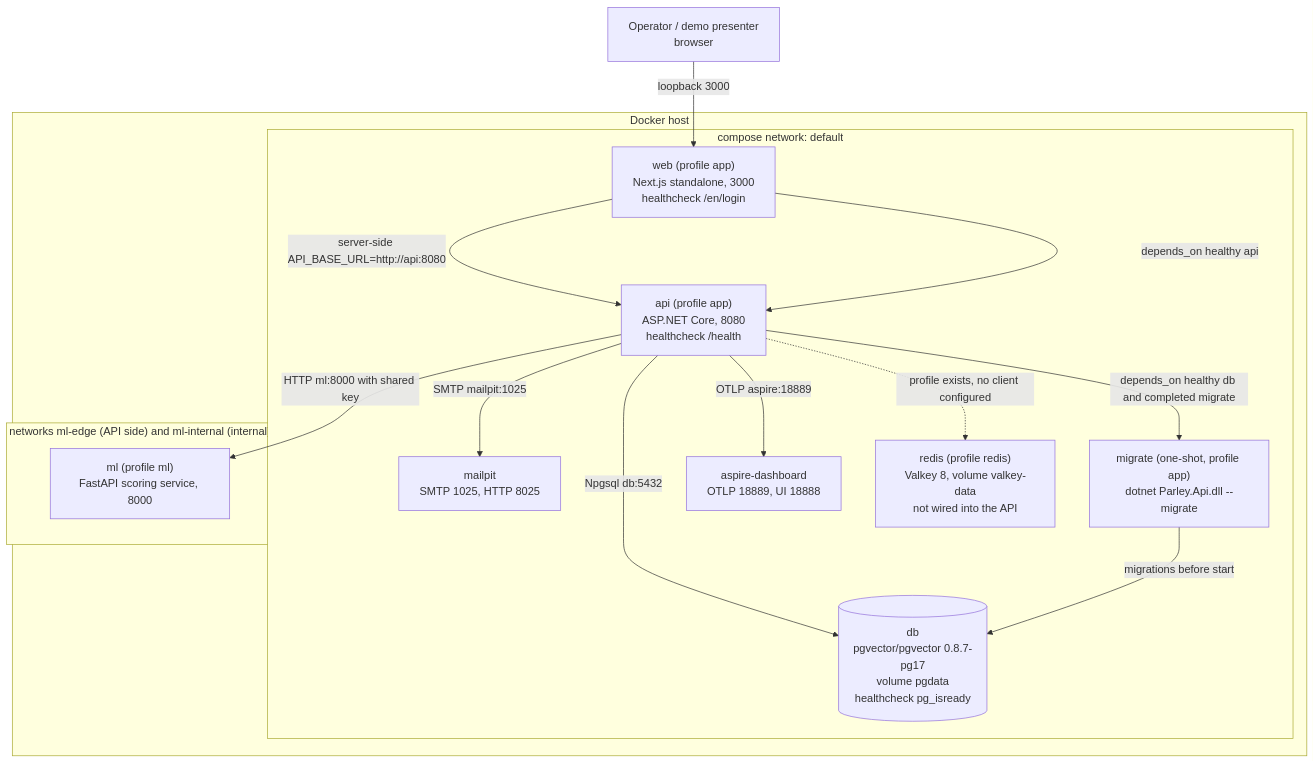
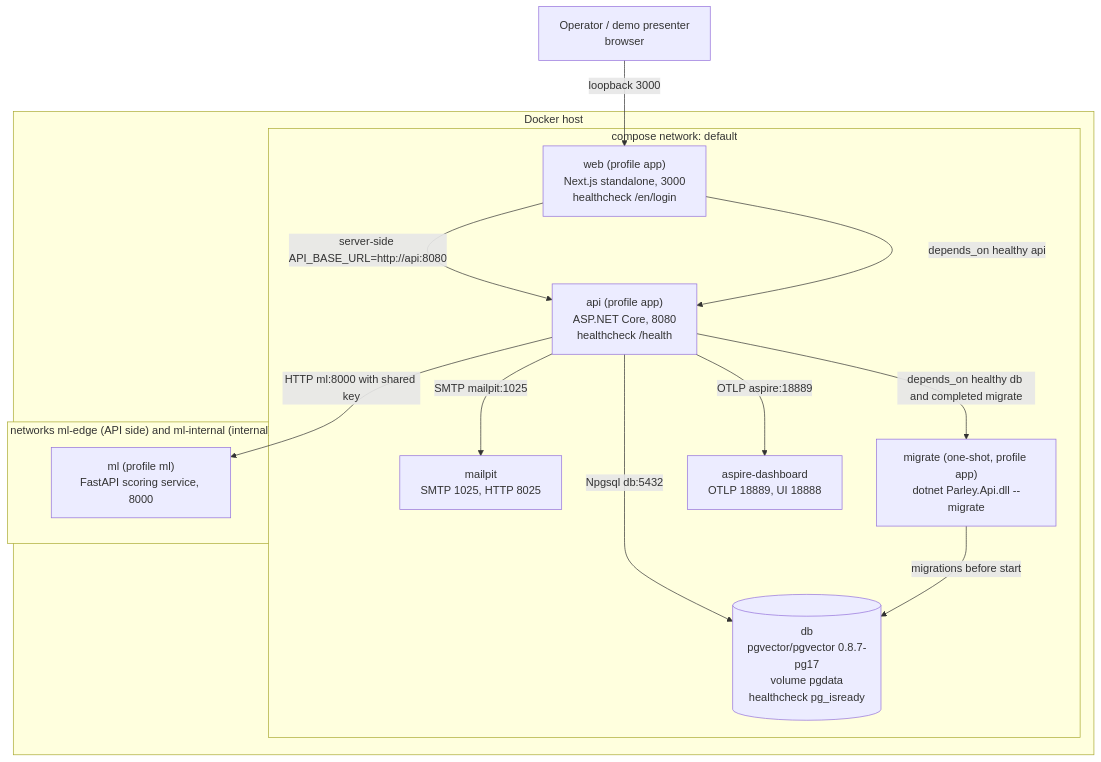
Before and after one commit to vladyslavplus/parley: the diagram in docs/diagrams/deployment.md, drawn with Mermaid. The commit also changed 65 other files, not shown here.

````diff
--- a/docs/diagrams/deployment.md
+++ b/docs/diagrams/deployment.md
@@ -3,28 +3,26 @@
 ```mermaid
 flowchart TB
     subgraph host["Docker host"]
         subgraph default_network["compose network: default"]
             db[("db<br/>pgvector/pgvector 0.8.7-pg17<br/>volume pgdata<br/>healthcheck pg_isready")]
             mailpit["mailpit<br/>SMTP 1025, HTTP 8025"]
             migrate["migrate (one-shot, profile app)<br/>dotnet Parley.Api.dll --migrate"]
             api["api (profile app)<br/>ASP.NET Core, 8080<br/>healthcheck /health"]
             web["web (profile app)<br/>Next.js standalone, 3000<br/>healthcheck /en/login"]
             aspire["aspire-dashboard<br/>OTLP 18889, UI 18888"]
-            redis["redis (profile redis)<br/>Valkey 8, volume valkey-data<br/>not wired into the API"]
         end
         subgraph ml_edge["networks ml-edge (API side) and ml-internal (internal)"]
             ml["ml (profile ml)<br/>FastAPI scoring service, 8000"]
         end
     end
 
     operator["Operator / demo presenter<br/>browser"] -->|"loopback 3000"| web
     web -->|"server-side API_BASE_URL=http://api:8080"| api
     api -->|"Npgsql db:5432"| db
     api -->|"SMTP mailpit:1025"| mailpit
     api -->|"HTTP ml:8000 with shared key"| ml
     api -->|"OTLP aspire:18889"| aspire
-    api -.->|"profile exists, no client configured"| redis
     migrate -->|"migrations before start"| db
     api -->|"depends_on healthy db and completed migrate"| migrate
     web -->|"depends_on healthy api"| api
 ```
````
